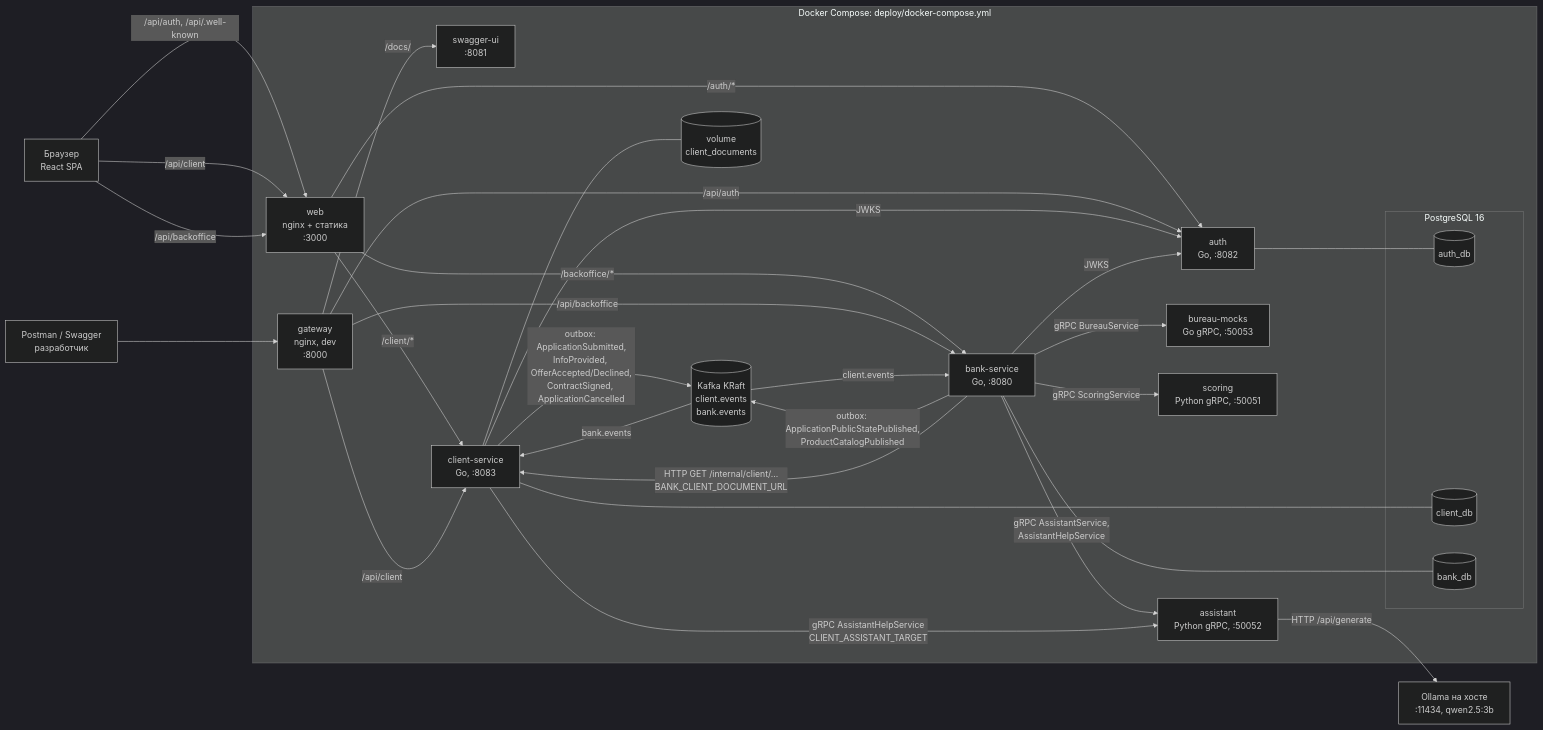
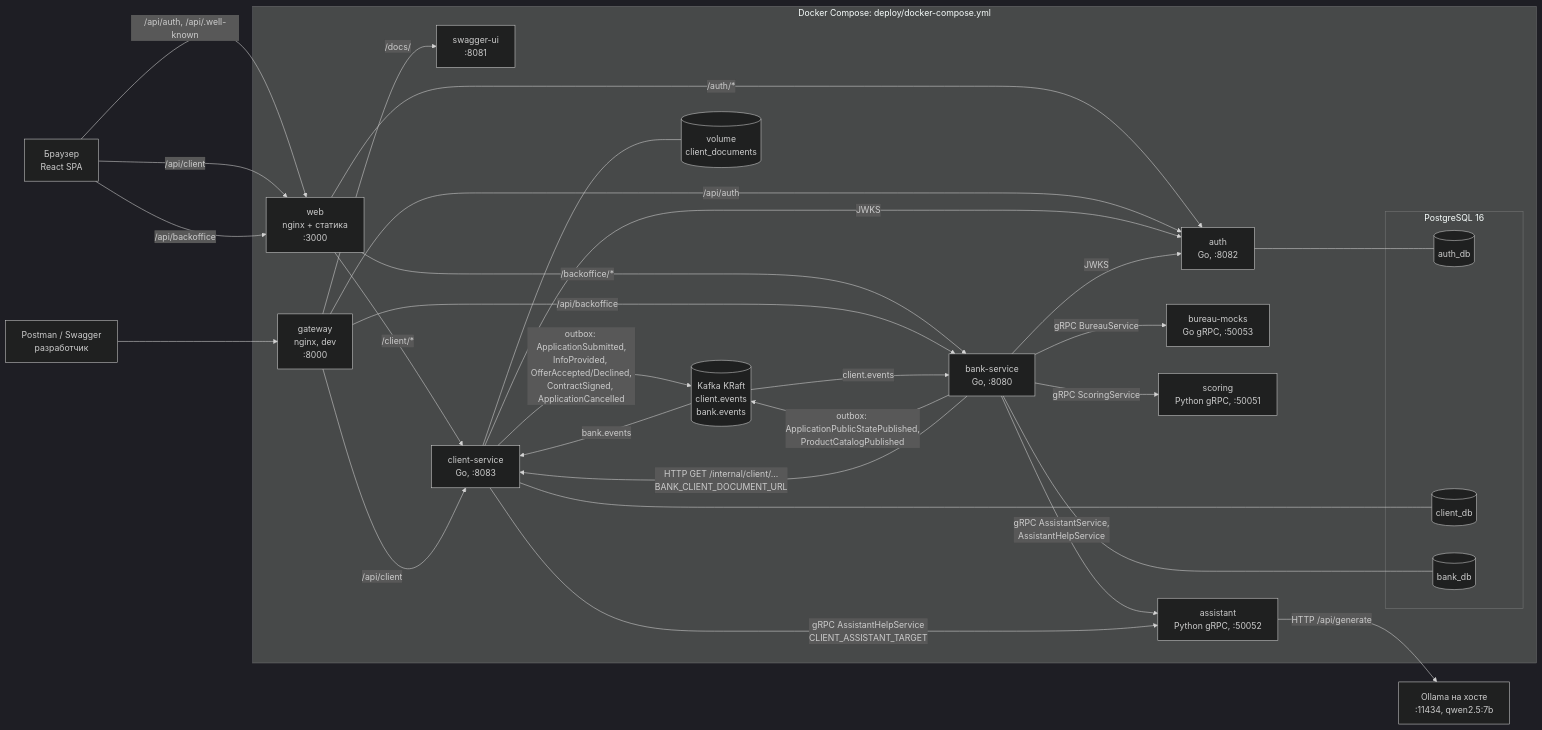
Before and after one commit to kry4onok/smart-credit: the first of 3 diagrams in docs/ARCHITECTURE.md, drawn with Mermaid (dark theme). The commit also changed other lines of this file and 10 other files, not shown here.

Commit message:
docs: align Ollama setup with Qwen2.5 7B

````diff
--- a/docs/ARCHITECTURE.md
+++ b/docs/ARCHITECTURE.md
@@ -7,59 +7,59 @@
 ```mermaid
 flowchart LR
     browser["Браузер<br/>React SPA"]
     swagger_user["Postman / Swagger<br/>разработчик"]
 
     subgraph compose["Docker Compose: deploy/docker-compose.yml"]
         web["web<br/>nginx + статика<br/>:3000"]
         gateway["gateway<br/>nginx, dev<br/>:8000"]
         swagger["swagger-ui<br/>:8081"]
         auth["auth<br/>Go, :8082"]
         client["client-service<br/>Go, :8083"]
         bank["bank-service<br/>Go, :8080"]
         bureau["bureau-mocks<br/>Go gRPC, :50053"]
         scoring["scoring<br/>Python gRPC, :50051"]
         assistant["assistant<br/>Python gRPC, :50052"]
         kafka[("Kafka KRaft<br/>client.events<br/>bank.events")]
         subgraph pg["PostgreSQL 16"]
             auth_db[("auth_db")]
             client_db[("client_db")]
             bank_db[("bank_db")]
         end
         docs_volume[("volume<br/>client_documents")]
     end
 
-    ollama["Ollama на хосте<br/>:11434, qwen2.5:3b"]
+    ollama["Ollama на хосте<br/>:11434, qwen2.5:7b"]
 
     browser -->|"/api/auth, /api/.well-known"| web
     browser -->|"/api/client"| web
     browser -->|"/api/backoffice"| web
     web -->|"/auth/*"| auth
     web -->|"/client/*"| client
     web -->|"/backoffice/*"| bank
 
     swagger_user --> gateway
     gateway -->|"/docs/"| swagger
     gateway -->|"/api/auth"| auth
     gateway -->|"/api/client"| client
     gateway -->|"/api/backoffice"| bank
 
     auth --- auth_db
     client --- client_db
     client --- docs_volume
     bank --- bank_db
 
     client -->|"JWKS"| auth
     bank -->|"JWKS"| auth
 
     client -->|"outbox: ApplicationSubmitted,<br/>InfoProvided, OfferAccepted/Declined,<br/>ContractSigned, ApplicationCancelled"| kafka
     kafka -->|"client.events"| bank
     bank -->|"outbox: ApplicationPublicStatePublished,<br/>ProductCatalogPublished"| kafka
     kafka -->|"bank.events"| client
 
     bank -->|"gRPC BureauService"| bureau
     bank -->|"gRPC ScoringService"| scoring
     bank -->|"gRPC AssistantService,<br/>AssistantHelpService"| assistant
     client -->|"gRPC AssistantHelpService<br/>CLIENT_ASSISTANT_TARGET"| assistant
     bank -->|"HTTP GET /internal/client/...<br/>BANK_CLIENT_DOCUMENT_URL"| client
     assistant -->|"HTTP /api/generate"| ollama
 ```
````
